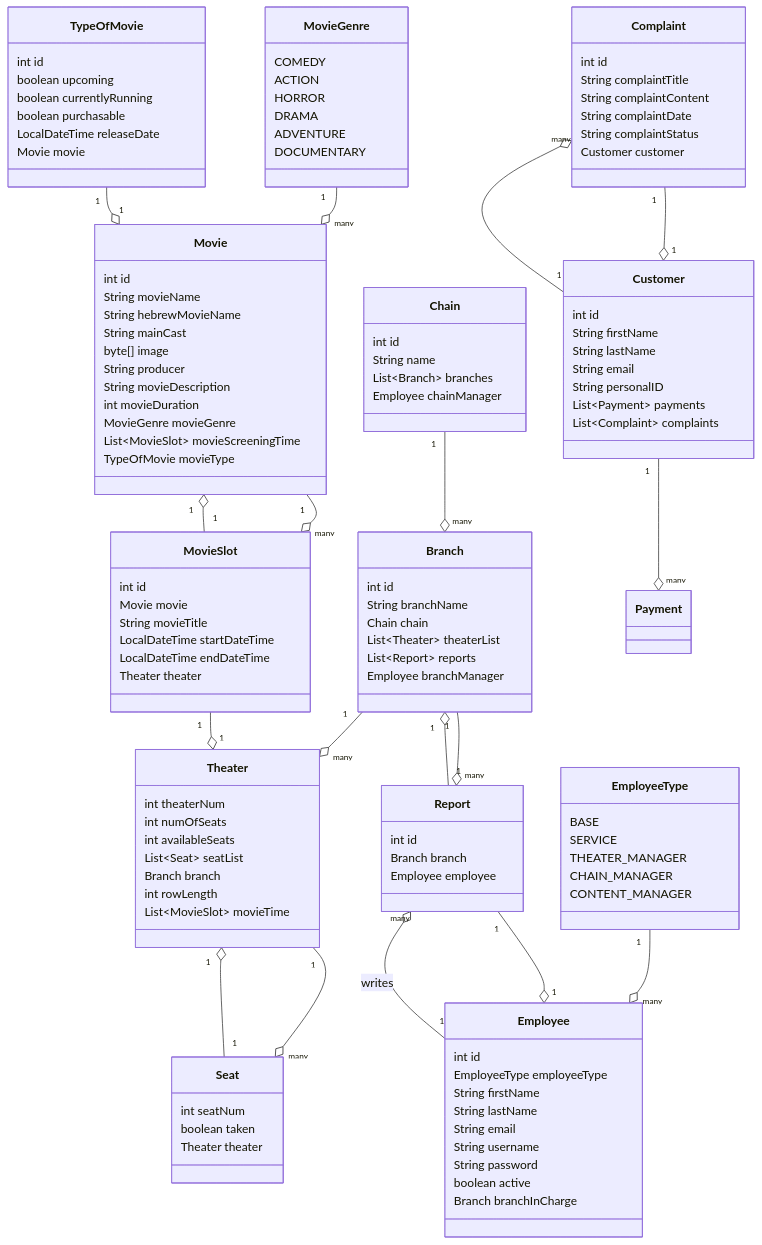
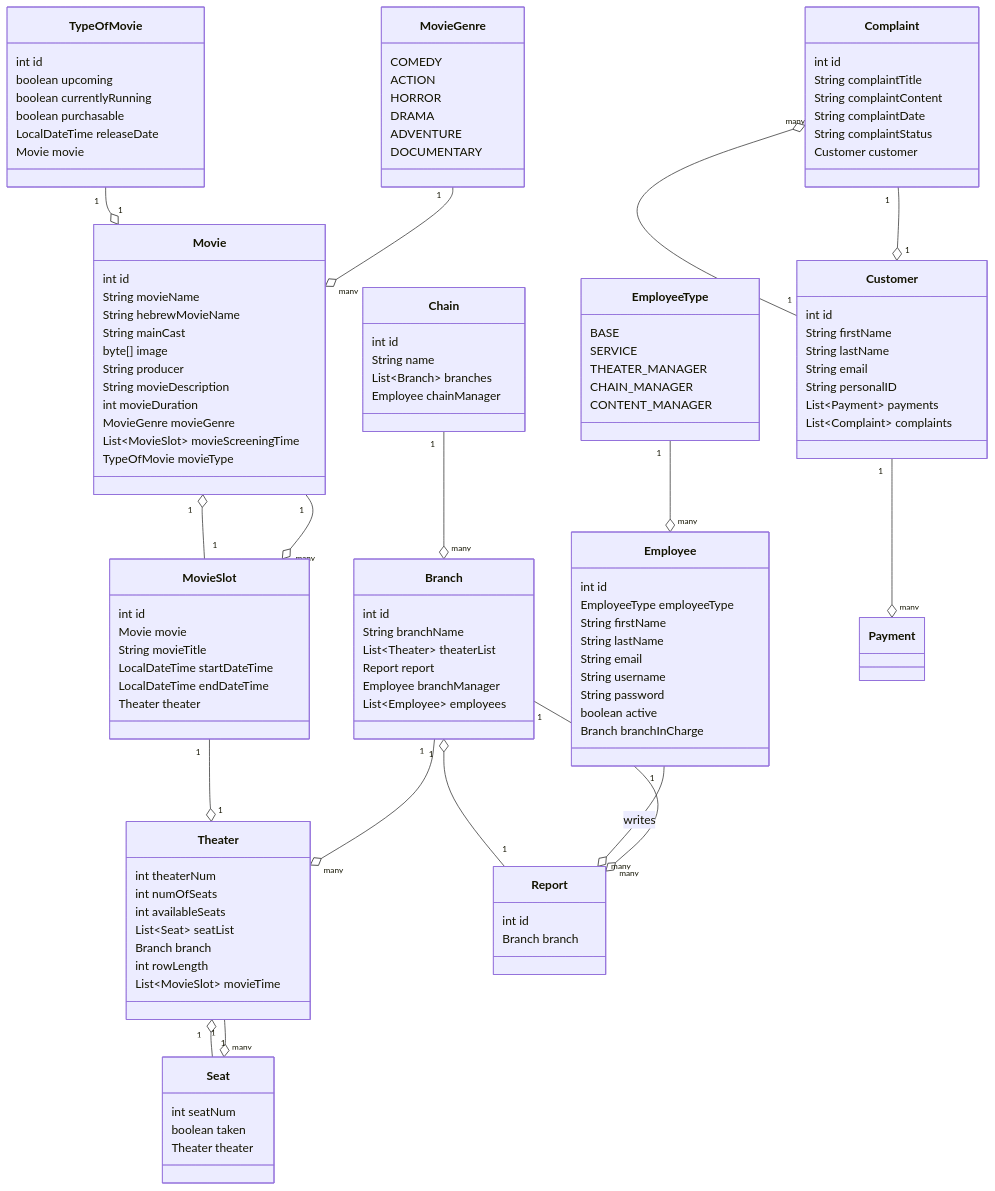
One commit to evya1/software_design_project changed the first of 2 diagrams in doc/ENTITY_OVERVIEW.md. Above: the diagram before and after it, drawn with Mermaid. The commit also changed other lines of this file, not shown here.

Commit message:
Update ENTITY_OVERVIEW.md to reflect current state of entities
- Removed Chain relationship from Branch.
- Changed Report relationship in Branch to one-to-one.
- Added employees list to Branch.
- Removed Employee relationship from Report.
- Removed price attribute from Booklet and Payment.
- Added Branch relationship to Purchase.
- Updated class diagram to reflect these changes.

````diff
--- a/doc/ENTITY_OVERVIEW.md
+++ b/doc/ENTITY_OVERVIEW.md
@@ -22,10 +22,10 @@
   class Branch {
     int id
     String branchName
-    Chain chain
     List~Theater~ theaterList
-    List~Report~ reports
+    Report report
     Employee branchManager
+    List~Employee~ employees
   }
   class Chain {
     int id
@@ -95,7 +95,6 @@
   class Report {
     int id
     Branch branch
-    Employee employee
   }
   class Customer {
     int id
@@ -140,6 +139,5 @@
   TypeOfMovie "1" --o "1" Movie
   Complaint "1" --o "1" Customer
   Report "1" --o "1" Branch
-  Report "1" --o "1" Employee
   Seat "1" --o "1" Theater
 ```
````
